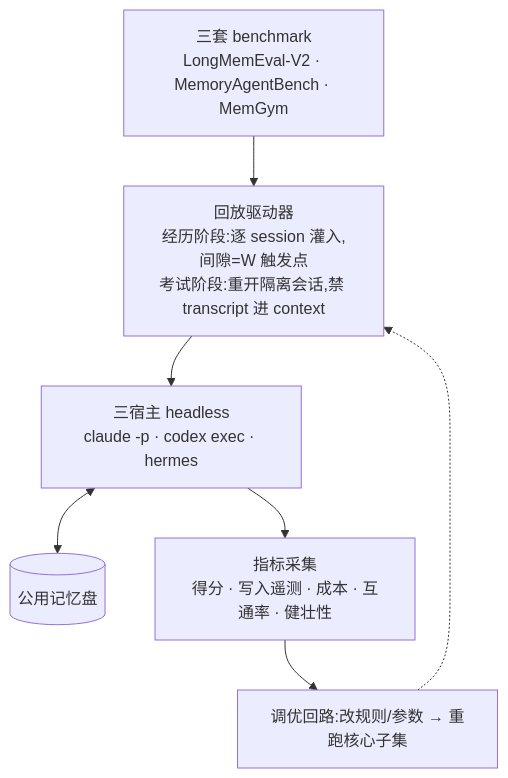
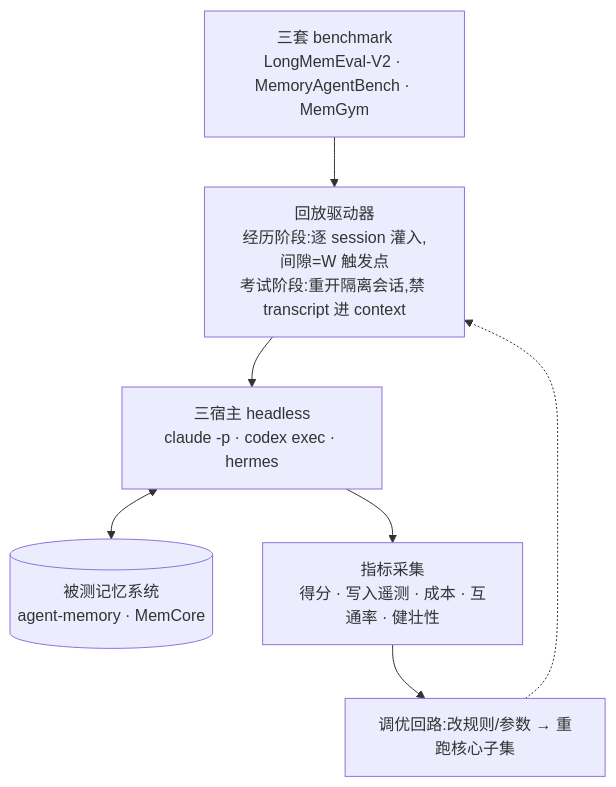
The diagram in docs/design/domains/experiment-harness.md (tigerless-labs/agent-memory), drawn with Mermaid before and after one commit. The commit also changed other lines of this file and 16 other files, not shown here.

First line of the commit message:
Add the memory-system dimension to the harness, with MemCore and a coverage probe

````diff
--- a/docs/design/domains/experiment-harness.md
+++ b/docs/design/domains/experiment-harness.md
@@ -12,11 +12,11 @@
 ```mermaid
 flowchart TB
   B[三套 benchmark<br/>LongMemEval-V2 · MemoryAgentBench · MemGym]
   D[回放驱动器<br/>经历阶段:逐 session 灌入,间隙=W 触发点<br/>考试阶段:重开隔离会话,禁 transcript 进 context]
   H[三宿主 headless<br/>claude -p · codex exec · hermes]
-  S[(公用记忆盘)]
+  S[(被测记忆系统<br/>agent-memory · MemCore)]
   X[指标采集<br/>得分 · 写入遥测 · 成本 · 互通率 · 健壮性]
   L[调优回路:改规则/参数 → 重跑核心子集]
   B --> D --> H <--> S
   H --> X --> L -.-> D
 ```
````
